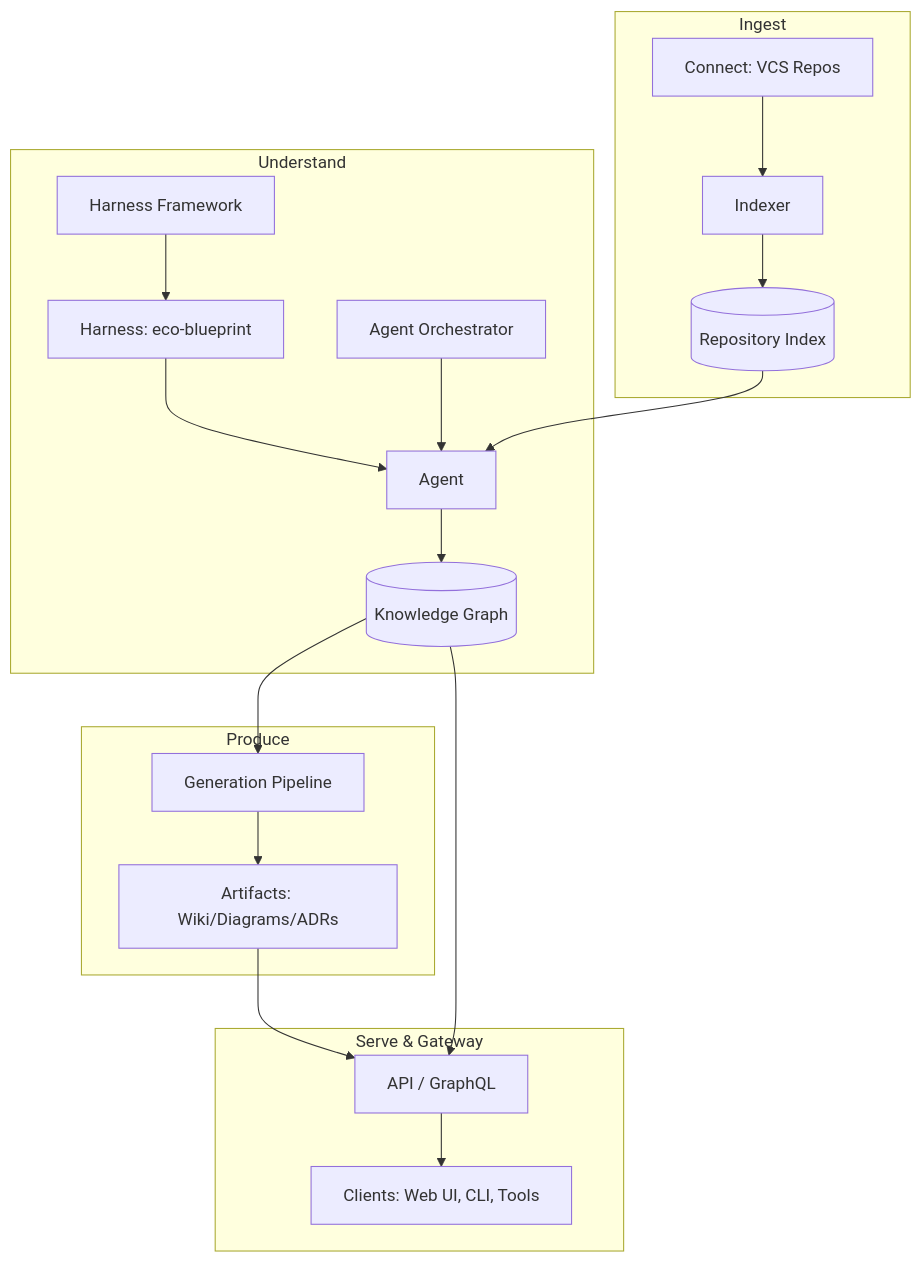
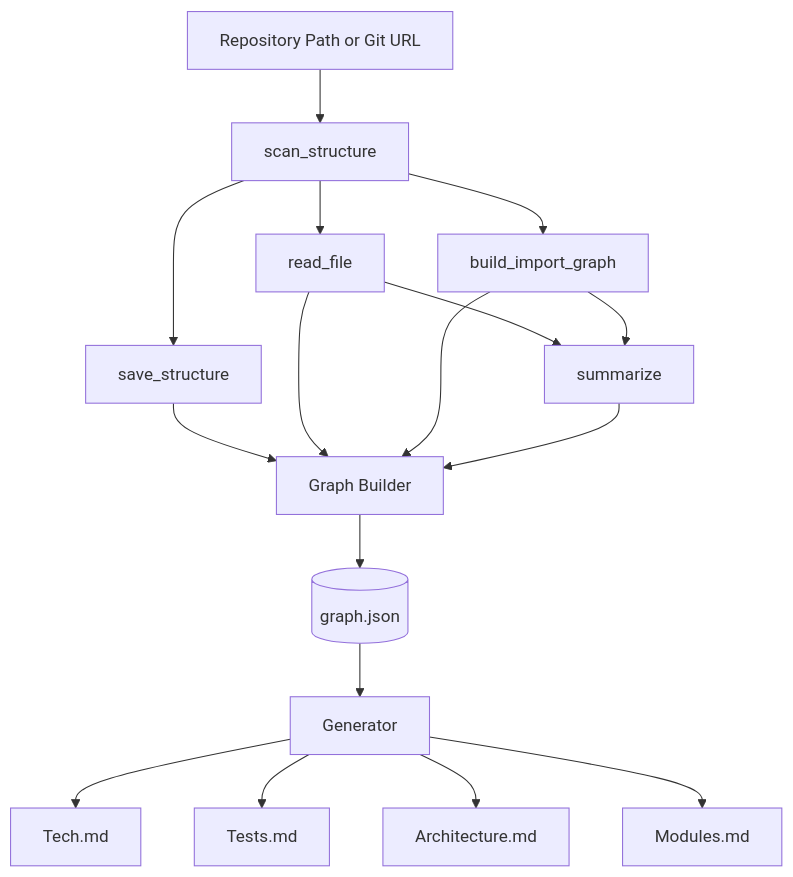
Before and after one commit to DarkKing335/Wiki-Generation: the diagram in docs/system-overview.md, drawn with Mermaid. The commit also changed other lines of this file and 9 other files, not shown here.

````diff
--- a/docs/system-overview.md
+++ b/docs/system-overview.md
@@ -53,23 +78,19 @@
 ```mermaid
 graph TD
-    subgraph Ingest
-        A[Connect: VCS Repos] --> B[Indexer]
-        B --> C[(Repository Index)]
-    end
-    subgraph Understand
-        D[Harness Framework] --> E[Harness: eco-blueprint]
-        F[Agent Orchestrator] --> G[Agent] 
-        C --> G
-        E --> G
-        G --> H[(Knowledge Graph)]
-    end
-    subgraph Produce
-        H --> I[Generation Pipeline]
-        I --> J[Artifacts: Wiki/Diagrams/ADRs]
-    end
-    subgraph Serve & Gateway
-        J --> K[API / GraphQL]
-        H --> K
-        K --> L[Clients: Web UI, CLI, Tools]
-    end
+    A[Repository Path or Git URL] --> B[scan_structure]
+    B --> C[save_structure]
+    B --> D[read_file]
+    B --> E[build_import_graph]
+    D --> F[summarize]
+    E --> F
+    C --> G[Graph Builder]
+    D --> G
+    E --> G
+    F --> G
+    G --> H[(graph.json)]
+    H --> I[Generator]
+    I --> J[Tech.md]
+    I --> K[Tests.md]
+    I --> L[Architecture.md]
+    I --> M[Modules.md]
 ```
````
